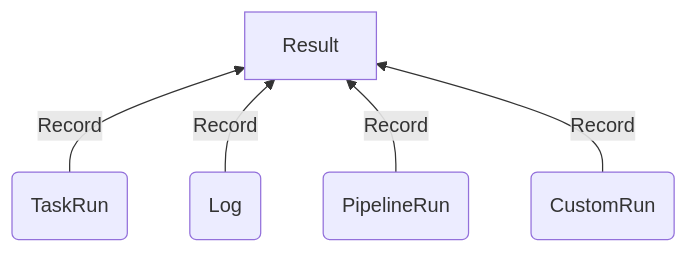
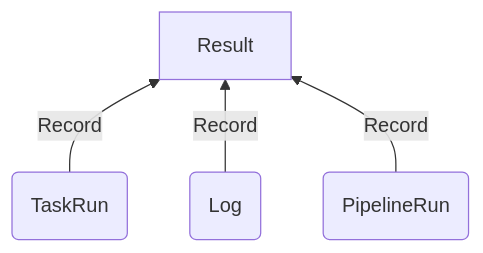
One commit to openshift-pipelines/tektoncd-results changed the second of 2 diagrams in upstream/docs/README.md. Above: the diagram before and after it, drawn with Mermaid. The commit also changed other lines of this file and 6018 other files, not shown here.

````diff
--- a/upstream/docs/README.md
+++ b/upstream/docs/README.md
@@ -84,7 +87,6 @@
 ```mermaid
 graph BT
   B(TaskRun) --> |Record| A[Result]
   C(Log) --> |Record| A
   D(PipelineRun) --> |Record| A
-  E(CustomRun) --> |Record| A
 ```
````
